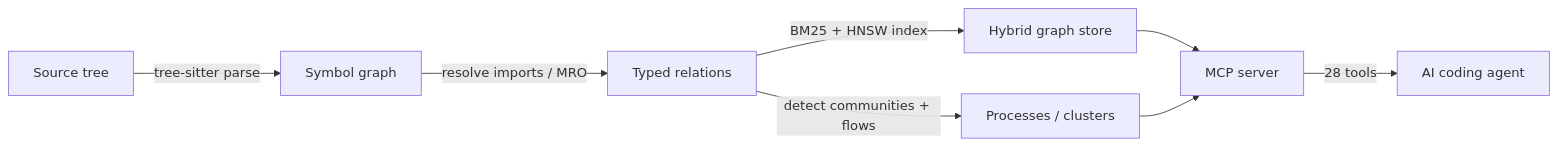
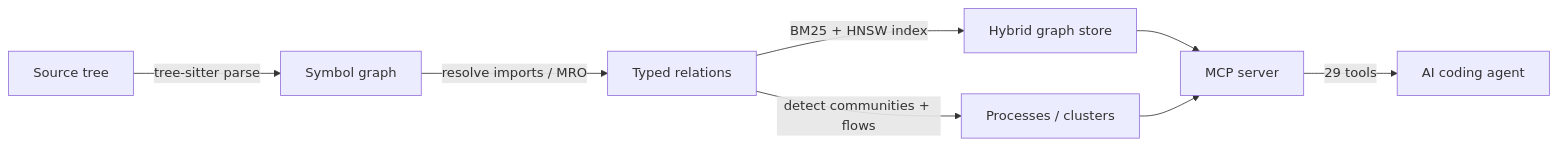
One commit to theagenticguy/opencodehub changed the diagram in README.md. Above: the diagram before and after it, drawn with Mermaid. The commit also changed other lines of this file and 14 other files, not shown here.

````diff
--- a/README.md
+++ b/README.md
@@ -55,10 +55,10 @@
 ```mermaid
 flowchart LR
   A[Source tree] -->|tree-sitter parse| B[Symbol graph]
   B -->|resolve imports / MRO| C[Typed relations]
   C -->|BM25 + HNSW index| D[Hybrid graph store]
   C -->|detect communities + flows| E[Processes / clusters]
   D --> F[MCP server]
   E --> F
-  F -->|28 tools| G[AI coding agent]
+  F -->|29 tools| G[AI coding agent]
 ```
````
